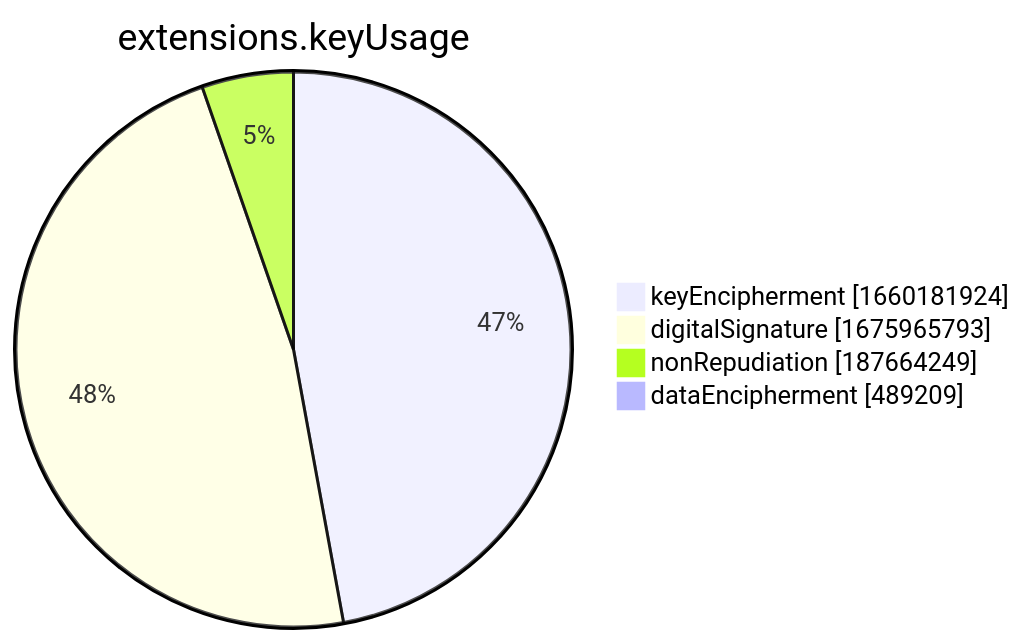
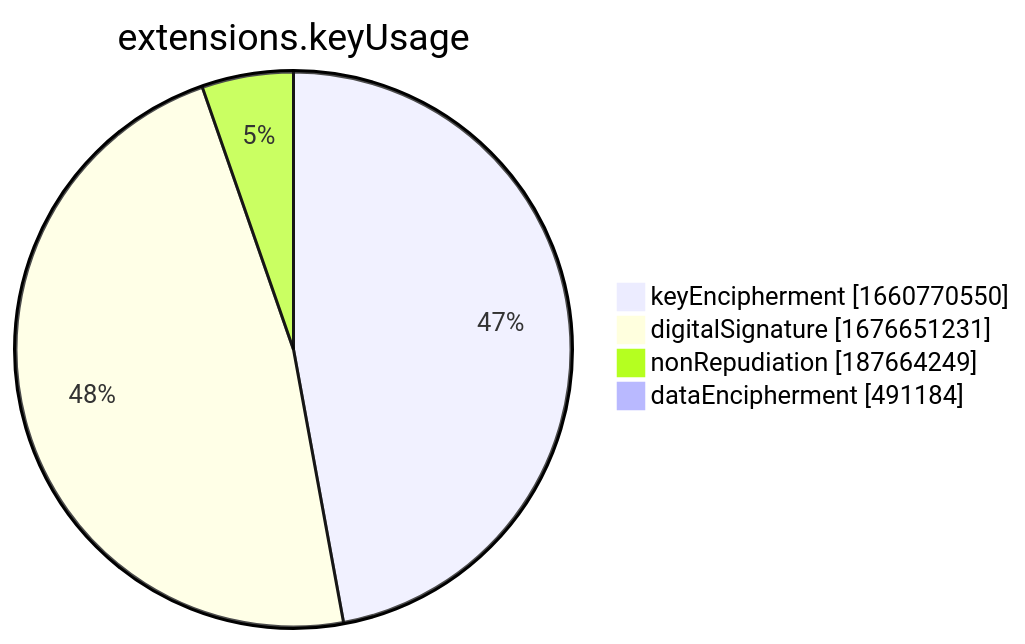
Before and after one commit to christiankrug/ctmonitor_visualization: the seventh of 15 diagrams in xenon2022/README.md, drawn with Mermaid. The commit also changed other lines of this file, not shown here.

````diff
--- a/xenon2022/README.md
+++ b/xenon2022/README.md
@@ -2857,8 +2857,8 @@
 ```mermaid
 pie showData
 title extensions.keyUsage
-"keyEncipherment" :1660181924
-"digitalSignature" :1675965793
+"keyEncipherment" :1660770550
+"digitalSignature" :1676651231
 "nonRepudiation" :187664249
-"dataEncipherment" :489209
+"dataEncipherment" :491184
 ```
````
